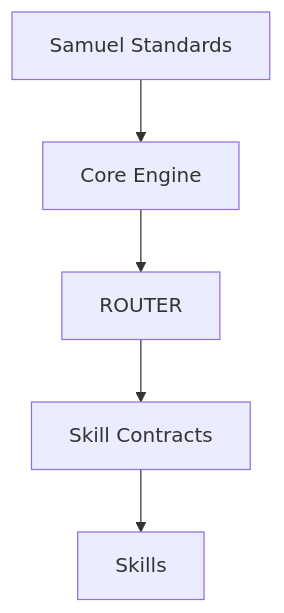
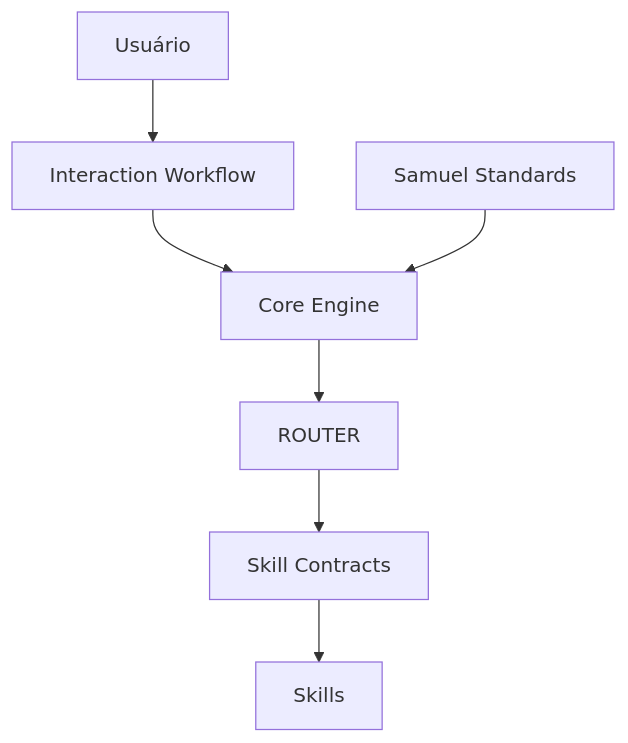
Before and after one commit to SkSamuel157/Samuel-Skills-System: the diagram in README.md, drawn with Mermaid. The commit also changed other lines of this file and 7 other files, not shown here.

Commit message:
feat(core): implement Interaction Workflow

````diff
--- a/README.md
+++ b/README.md
@@ -92,21 +92,29 @@
 ```mermaid
 flowchart TD
+
+    U[Usuário]
+
+    IW[Interaction Workflow]
 
     SS[Samuel Standards]
 
     CE[Core Engine]
 
     R[ROUTER]
 
     SC[Skill Contracts]
 
     SK[Skills]
 
+    U --> IW
+
+    IW --> CE
+
     SS --> CE
 
     CE --> R
 
     R --> SC
 
     SC --> SK
 ```
````
